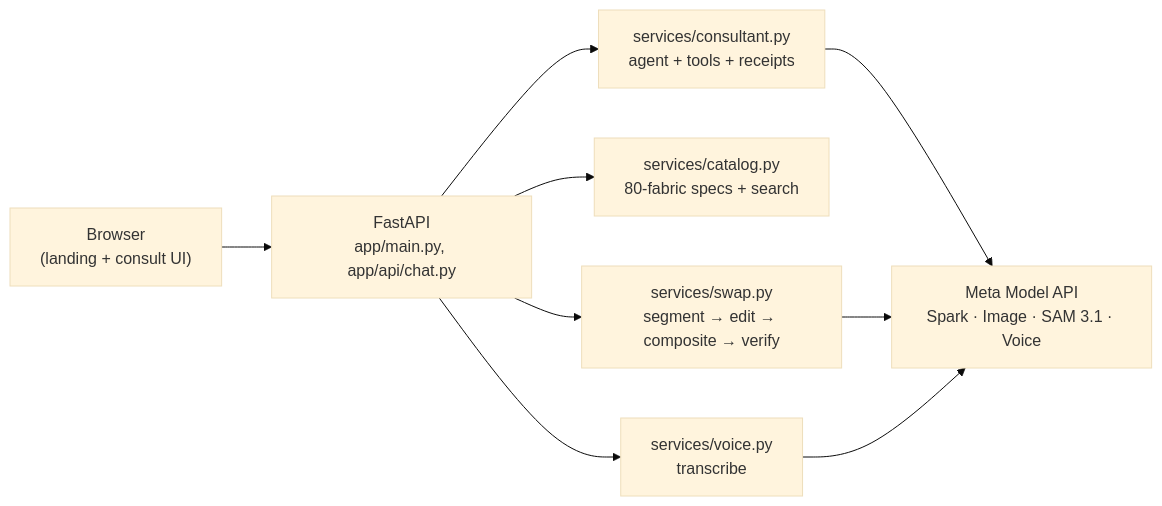
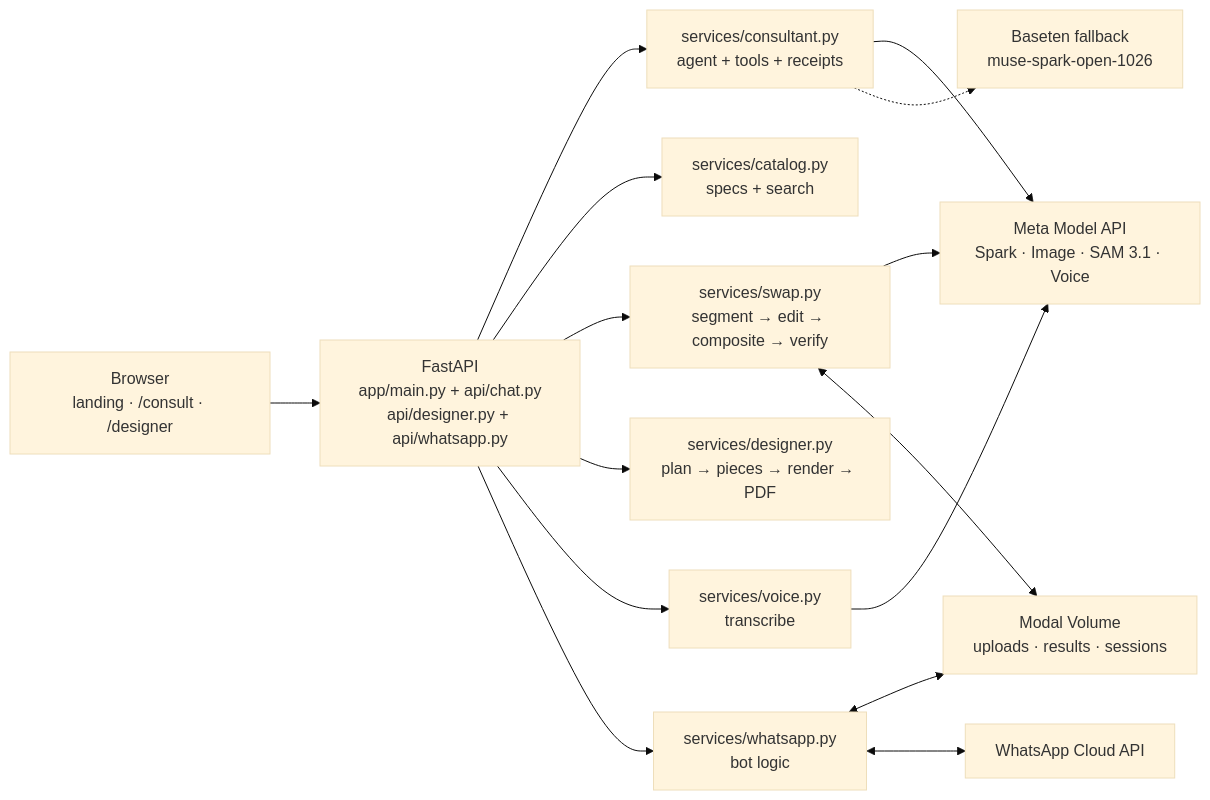
One commit to MoAlaa2/recover-ai changed the diagram in README.md. Above: the diagram before and after it, drawn with Mermaid (base theme). The commit also changed other lines of this file, not shown here.

````diff
--- a/README.md
+++ b/README.md
@@ -80,11 +88,17 @@
 ```mermaid
 flowchart LR
-    Browser["Browser<br/>(landing + consult UI)"] --> API["FastAPI<br/>app/main.py, app/api/chat.py"]
+    Browser["Browser<br/>landing · /consult · /designer"] --> API["FastAPI<br/>app/main.py + api/chat.py<br/>api/designer.py + api/whatsapp.py"]
     API --> Consultant["services/consultant.py<br/>agent + tools + receipts"]
-    API --> Catalog["services/catalog.py<br/>80-fabric specs + search"]
+    API --> Catalog["services/catalog.py<br/>specs + search"]
     API --> Swap["services/swap.py<br/>segment → edit → composite → verify"]
+    API --> DesignerSvc["services/designer.py<br/>plan → pieces → render → PDF"]
     API --> Voice["services/voice.py<br/>transcribe"]
+    API --> WA["services/whatsapp.py<br/>bot logic"]
     Consultant --> MetaAPI["Meta Model API<br/>Spark · Image · SAM 3.1 · Voice"]
     Swap --> MetaAPI
     Voice --> MetaAPI
+    Consultant -.-> Baseten["Baseten fallback<br/>muse-spark-open-1026"]
+    Swap <--> Volume["Modal Volume<br/>uploads · results · sessions"]
+    WA <--> Volume
+    WA <--> WACloud["WhatsApp Cloud API"]
 ```
````
